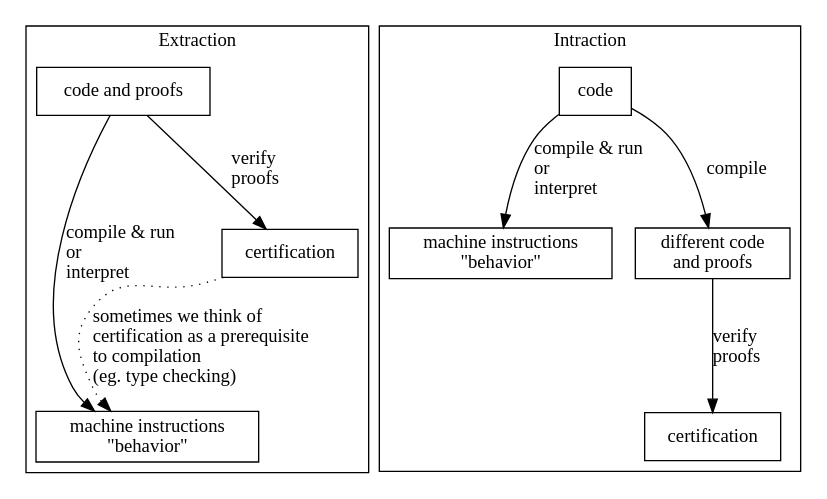
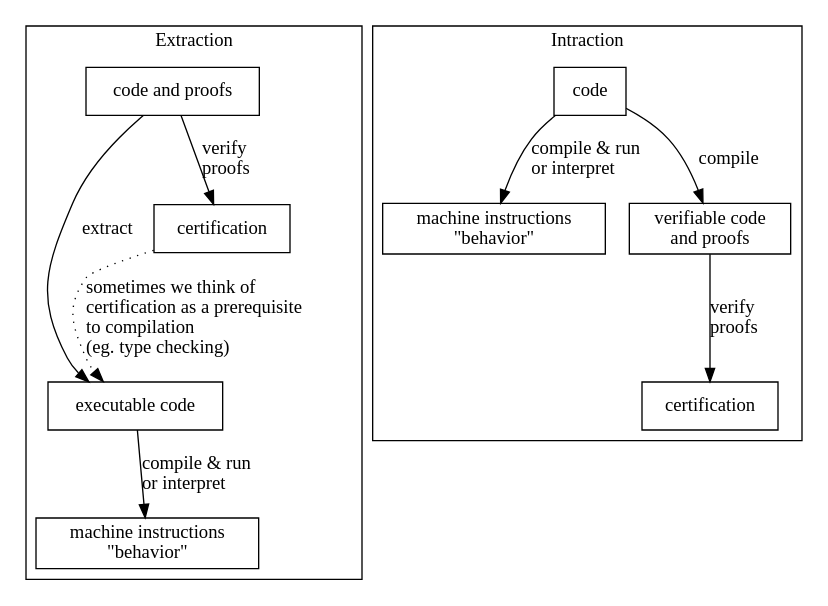
The diagram in extraction-intraction.dot (lsd-ucsc/CASL), drawn with Graphviz before and after one commit.

Commit message:
lindseys suggestions

```diff
--- a/extraction-intraction.dot
+++ b/extraction-intraction.dot
@@ -1,22 +1,24 @@
 digraph G {
     node [shape=box];
     subgraph cluster0 {
         label="Extraction";
         srcA [label="code and proofs"];
+        exeA [label="executable code"];
+        srcA -> exeA [label="extract"];
         dstA [label="machine instructions\n\"behavior\""];
-        srcA -> dstA [weight=2,label="compile & run\lor\linterpret\l"];
+        exeA -> dstA [label="compile & run\lor interpret\l"];
         certA [label="certification"];
         srcA -> certA [label="verify\lproofs\l"];
-        certA -> dstA [style=dotted,label="sometimes we think of\lcertification as a prerequisite\lto compilation\l(eg. type checking)\l"];
+        certA -> exeA [weight=0,style=dotted,label="sometimes we think of\lcertification as a prerequisite\lto compilation\l(eg. type checking)\l"];
     }
     subgraph cluster1 {
         label="Intraction";
         srcB [label="code"];
         dstB [label="machine instructions\n\"behavior\""];
-        srcB -> dstB [label="compile & run\lor\linterpret\l"];
-        srcB2 [label="different code\nand proofs"];
+        srcB -> dstB [label="compile & run\lor interpret\l"];
+        srcB2 [label="verifiable code\nand proofs"];
         srcB -> srcB2 [label="compile"];
         certB [label="certification"];
         srcB2 -> certB [label="verify\lproofs\l"];
     }
 }
```
